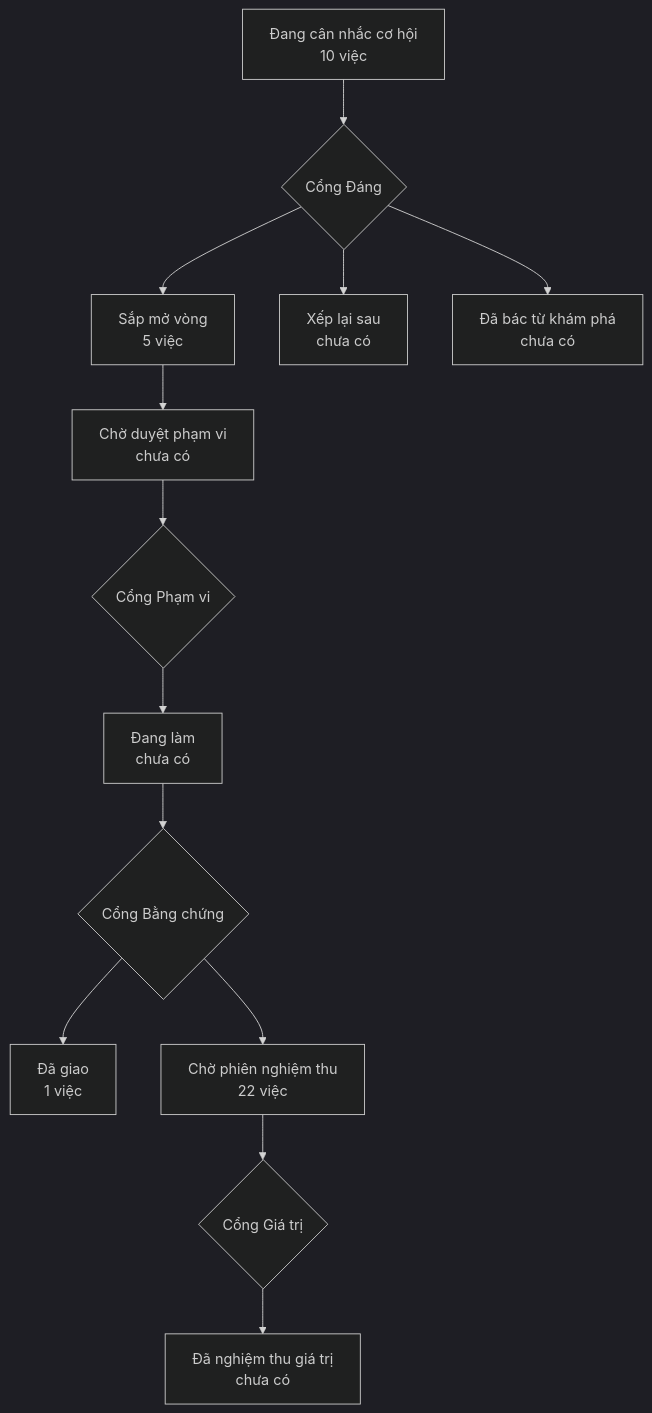
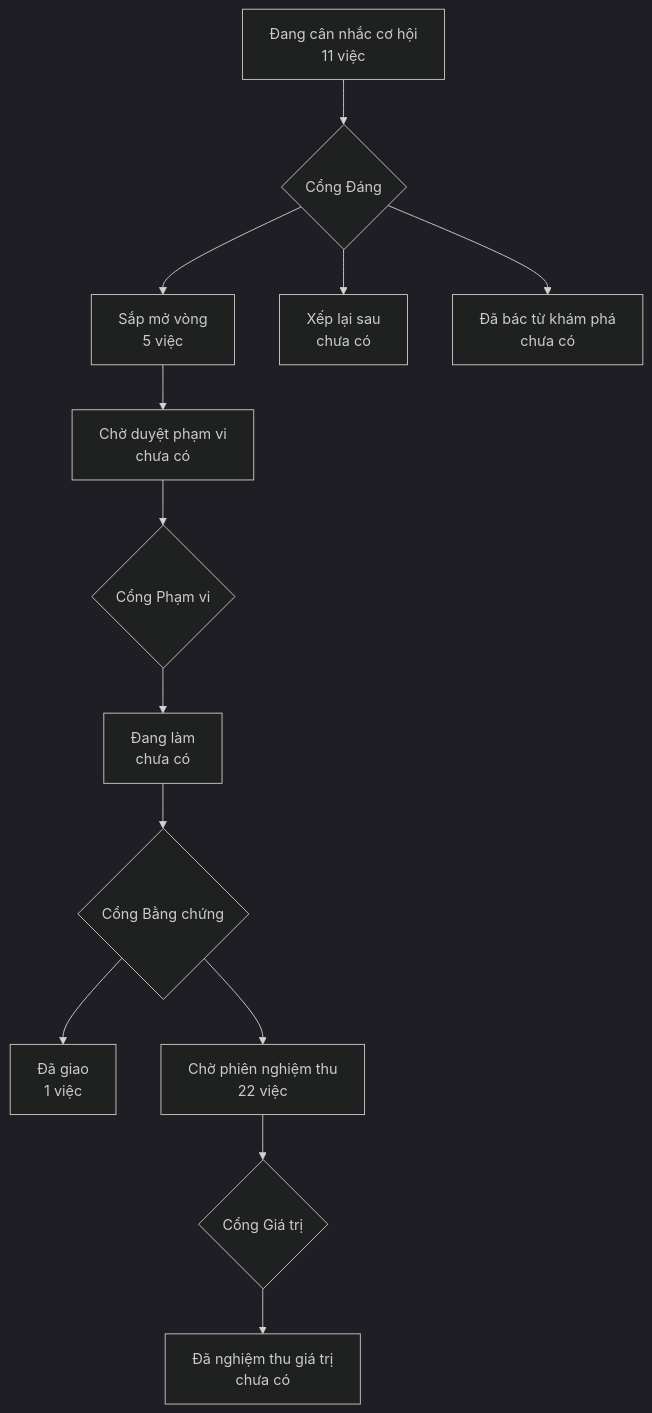
One commit to phanlemanh/onehub-inventory changed the diagram in PRODUCT-MAP.md. Above: the diagram before and after it, drawn with Mermaid (dark theme). The commit also changed other lines of this file and 4 other files, not shown here.

First line of the commit message:
docs(plan): draft roadmap row 3a, pin the detail drawer into a column

````diff
--- a/PRODUCT-MAP.md
+++ b/PRODUCT-MAP.md
@@ -7,12 +7,12 @@
 ```mermaid
 flowchart TD
-  A["Đang cân nhắc cơ hội<br/>10 việc"] --> GD{"Cổng Đáng"}
+  A["Đang cân nhắc cơ hội<br/>11 việc"] --> GD{"Cổng Đáng"}
   GD --> B["Sắp mở vòng<br/>5 việc"]
   GD --> XL["Xếp lại sau<br/>chưa có"]
   GD --> DB["Đã bác từ khám phá<br/>chưa có"]
   B --> CD["Chờ duyệt phạm vi<br/>chưa có"] --> GP{"Cổng Phạm vi"}
   GP --> DL["Đang làm<br/>chưa có"] --> GB{"Cổng Bằng chứng"}
   GB --> DG["Đã giao<br/>1 việc"]
   GB --> CN["Chờ phiên nghiệm thu<br/>22 việc"] --> GG{"Cổng Giá trị"}
   GG --> NT["Đã nghiệm thu giá trị<br/>chưa có"]
 ```
````
